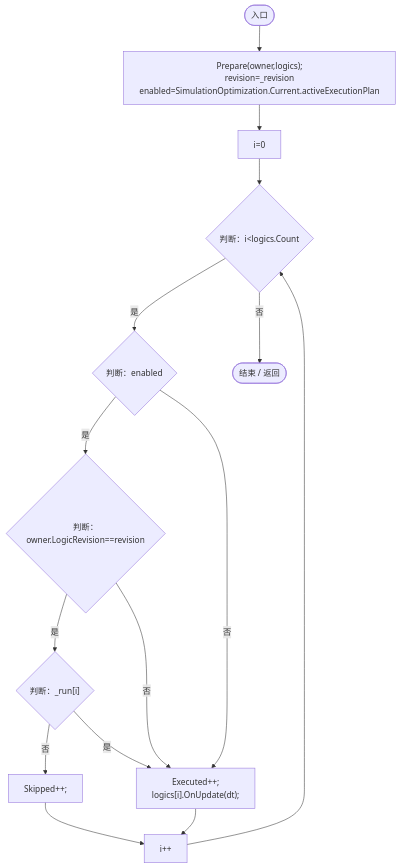
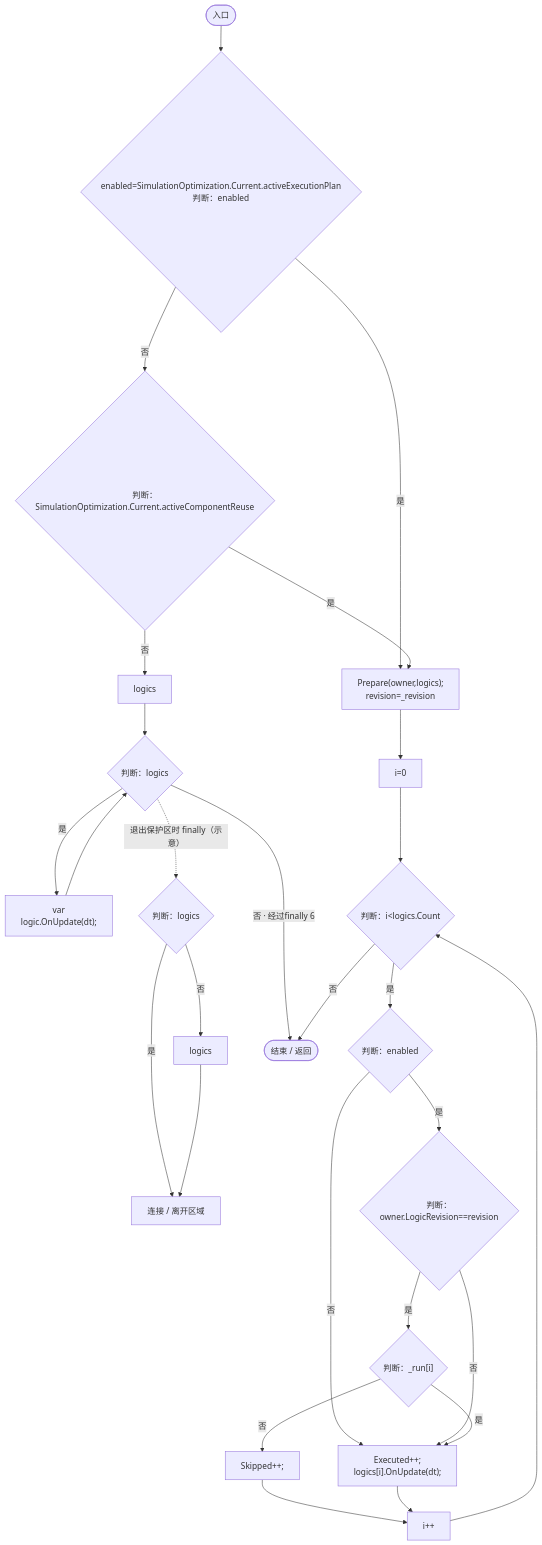
One commit to xhs6666/Darwin_paradise changed the seventh of 13 diagrams in Docs/运行流程图/脚本/ac63422a085684a6.md. Above: the diagram before and after it, drawn with Mermaid. The commit also changed other lines of this file and 228 other files, not shown here.

Commit message:
Fix active simulation fallback and repeated ecology rule checks

````diff
--- a/Docs/运行流程图/脚本/ac63422a085684a6.md
+++ b/Docs/运行流程图/脚本/ac63422a085684a6.md
@@ -270,29 +270,49 @@
 ```mermaid
 flowchart TD
   b0(["入口"])
-  b1["Prepare(owner,logics);<br/>revision=_revision<br/>enabled=SimulationOptimization.Current.activeExecutionPlan"]
-  b2["i=0"]
-  b3{"判断：i&lt;logics.Count"}
-  b4{"判断：enabled"}
-  b5{"判断：owner.LogicRevision==revision"}
-  b6{"判断：_run[i]"}
-  b7["Skipped++;"]
-  b8["Executed++;<br/>logics[i].OnUpdate(dt);"]
-  b9["i++"]
-  b10(["结束 / 返回"])
+  b1{"enabled=SimulationOptimization.Current.activeExecutionPlan<br/>判断：enabled"}
+  b2{"判断：SimulationOptimization.Current.activeComponentReuse"}
+  b3["logics"]
+  b4{"判断：logics"}
+  b5["var<br/>logic.OnUpdate(dt);"]
+  b6{"判断：logics"}
+  b7["logics"]
+  b8["连接 / 离开区域"]
+  b9["Prepare(owner,logics);<br/>revision=_revision"]
+  b10["i=0"]
+  b11{"判断：i&lt;logics.Count"}
+  b12{"判断：enabled"}
+  b13{"判断：owner.LogicRevision==revision"}
+  b14{"判断：_run[i]"}
+  b15["Skipped++;"]
+  b16["Executed++;<br/>logics[i].OnUpdate(dt);"]
+  b17["i++"]
+  b18(["结束 / 返回"])
   b0 --> b1
-  b1 --> b2
-  b2 --> b3
-  b3 -->|"是"| b4
-  b3 -->|"否"| b10
+  b1 -->|"否"| b2
+  b1 -->|"是"| b9
+  b2 -->|"否"| b3
+  b2 -->|"是"| b9
+  b3 --> b4
   b4 -->|"是"| b5
-  b4 -->|"否"| b8
-  b5 -->|"是"| b6
-  b5 -->|"否"| b8
+  b4 -->|"否 · 经过finally 6"| b18
+  b5 --> b4
   b6 -->|"否"| b7
   b6 -->|"是"| b8
-  b7 --> b9
-  b8 --> b9
-  b9 --> b3
+  b7 --> b8
+  b9 --> b10
+  b10 --> b11
+  b11 -->|"是"| b12
+  b11 -->|"否"| b18
+  b12 -->|"是"| b13
+  b12 -->|"否"| b16
+  b13 -->|"是"| b14
+  b13 -->|"否"| b16
+  b14 -->|"否"| b15
+  b14 -->|"是"| b16
+  b15 --> b17
+  b16 --> b17
+  b17 --> b11
+  b4 -. "退出保护区时 finally（示意）" .-> b6
 
 ```
````
